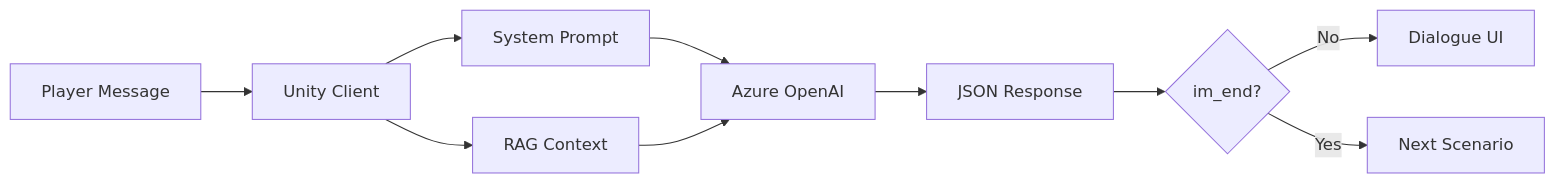
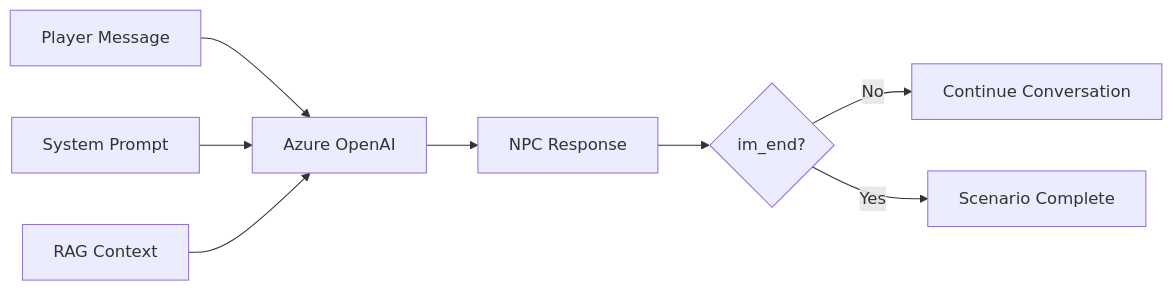
The second of 4 diagrams in README.md (JK-remi/LLM-NPC-RPG), drawn with Mermaid before and after one commit. The commit also changed other lines of this file, not shown here.

````diff
--- a/README.md
+++ b/README.md
@@ -203,17 +202,14 @@
 ```mermaid
 flowchart LR
-    A[Player Message] --> B[Unity Client]
+    A[Player Message] --> D[Azure OpenAI]
 
-    B --> C[System Prompt]
-    B --> D[RAG Context]
+    B[System Prompt] --> D
+    C[RAG Context] --> D
 
-    C --> E[Azure OpenAI]
-    D --> E
+    D --> E[NPC Response]
 
-    E --> F[JSON Response]
+    E --> F{im_end?}
 
-    F --> G{im_end?}
-
-    G -- No --> H[Dialogue UI]
-    G -- Yes --> I[Next Scenario]
+    F -- No --> G[Continue Conversation]
+    F -- Yes --> H[Scenario Complete]
 ```
````
